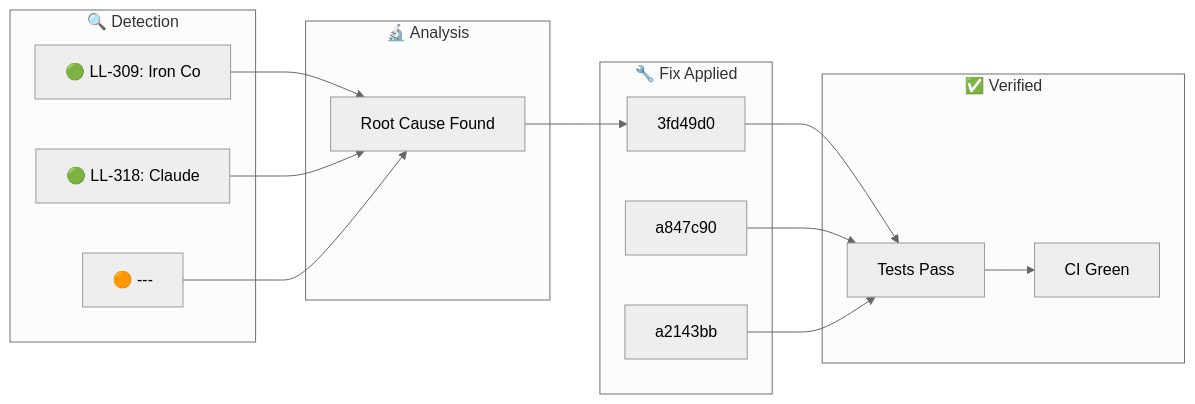
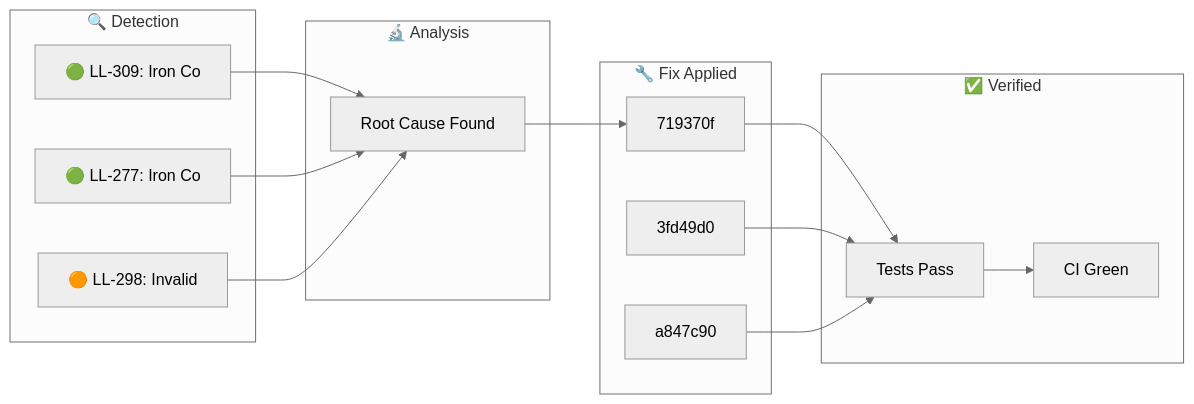
Before and after one commit to YoByron/trading: the diagram in docs/_posts/2026-01-28-ralph-discovery.md, drawn with Mermaid (neutral theme). The commit also changed other lines of this file, not shown here.

````diff
--- a/docs/_posts/2026-01-28-ralph-discovery.md
+++ b/docs/_posts/2026-01-28-ralph-discovery.md
@@ -17,28 +17,28 @@
 ```mermaid
 flowchart LR
     subgraph Detection["🔍 Detection"]
         D1["🟢 LL-309: Iron Co"]
-        D2["🟢 LL-318: Claude "]
-        D3["🟠 ---"]
+        D2["🟢 LL-277: Iron Co"]
+        D3["🟠 LL-298: Invalid"]
     end
     subgraph Analysis["🔬 Analysis"]
         A1["Root Cause Found"]
     end
     subgraph Fix["🔧 Fix Applied"]
-        F1["3fd49d0"]
-        F2["a847c90"]
-        F3["a2143bb"]
+        F1["719370f"]
+        F2["3fd49d0"]
+        F3["a847c90"]
     end
     subgraph Verify["✅ Verified"]
         V1["Tests Pass"]
         V2["CI Green"]
     end
     D1 --> A1
     D2 --> A1
     D3 --> A1
     A1 --> F1
     F1 --> V1
     F2 --> V1
     F3 --> V1
     V1 --> V2
 ```
````
